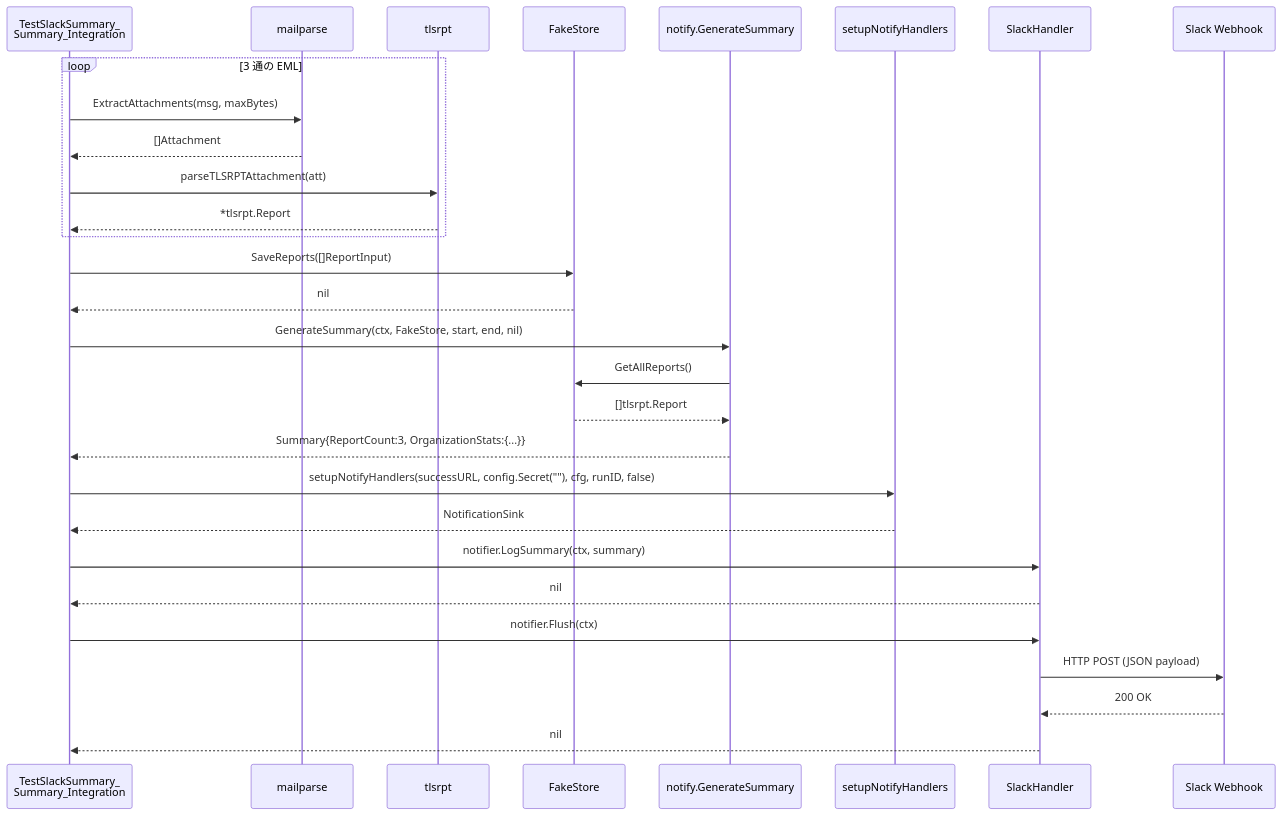
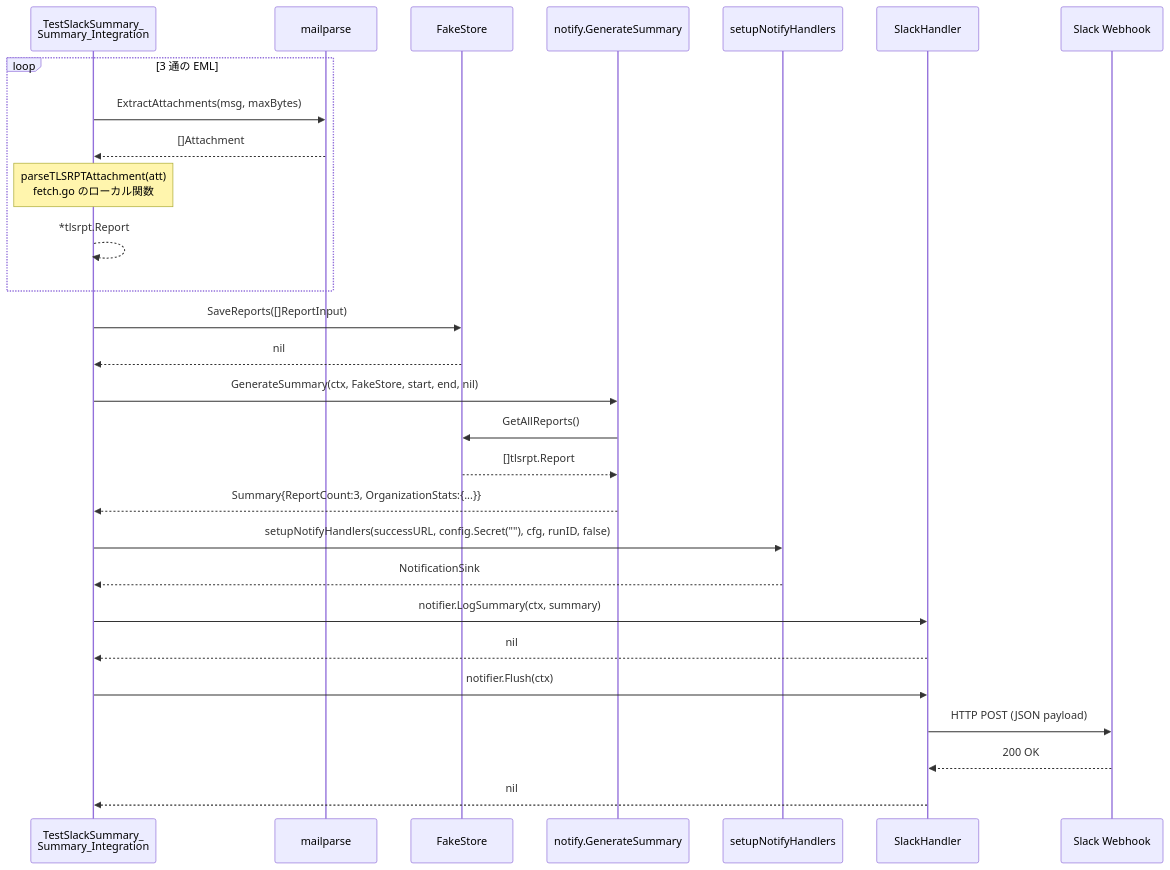
The third of 6 diagrams in docs/tasks/0102_slack_summary_integration/02_architecture.md (isseis/tlsrpt-digest), drawn with Mermaid before and after one commit.

Commit message:
docs(0102): fix sequence diagram to show parseTLSRPTAttachment as local function
parseTLSRPTAttachment is defined in fetch.go (package main), not in the
tlsrpt package. Remove the misleading tlsrpt participant and use a Note
to clarify it is a package-local call.

````diff
--- a/docs/tasks/0102_slack_summary_integration/02_architecture.md
+++ b/docs/tasks/0102_slack_summary_integration/02_architecture.md
@@ -94,36 +94,35 @@
 ```mermaid
 sequenceDiagram
     participant Test as TestSlackSummary_<br>Summary_Integration
     participant MP as mailparse
-    participant TLSRPT as tlsrpt
     participant FS as FakeStore
     participant GS as notify.GenerateSummary
     participant NH as setupNotifyHandlers
     participant SH as SlackHandler
     participant Slack as Slack Webhook
 
     loop 3 通の EML
         Test->>MP: ExtractAttachments(msg, maxBytes)
         MP-->>Test: []Attachment
-        Test->>TLSRPT: parseTLSRPTAttachment(att)
-        TLSRPT-->>Test: *tlsrpt.Report
+        Note over Test: parseTLSRPTAttachment(att)<br>fetch.go のローカル関数
+        Test-->>Test: *tlsrpt.Report
     end
 
     Test->>FS: SaveReports([]ReportInput)
     FS-->>Test: nil
 
     Test->>GS: GenerateSummary(ctx, FakeStore, start, end, nil)
     GS->>FS: GetAllReports()
     FS-->>GS: []tlsrpt.Report
     GS-->>Test: Summary{ReportCount:3, OrganizationStats:{...}}
 
     Test->>NH: setupNotifyHandlers(successURL, config.Secret(""), cfg, runID, false)
     NH-->>Test: NotificationSink
 
     Test->>SH: notifier.LogSummary(ctx, summary)
     SH-->>Test: nil
     Test->>SH: notifier.Flush(ctx)
     SH->>Slack: HTTP POST (JSON payload)
     Slack-->>SH: 200 OK
     SH-->>Test: nil
 ```
````
